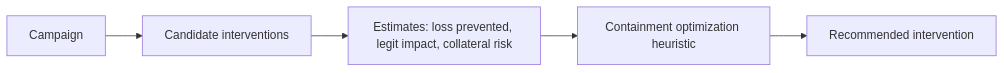
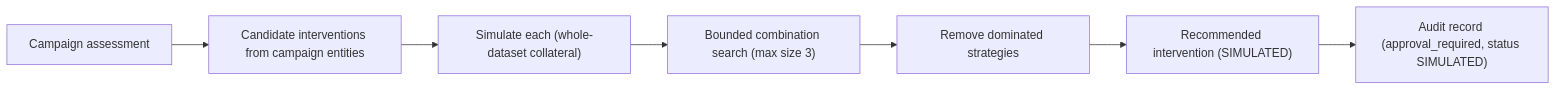
Before and after one commit to yatinannam/RiskLattice: the fourth of 5 diagrams in docs/architecture/architecture.md, drawn with Mermaid. The commit also changed other lines of this file and 9 other files, not shown here.

````diff
--- a/docs/architecture/architecture.md
+++ b/docs/architecture/architecture.md
@@ -202,7 +205,9 @@
 ```mermaid
 flowchart LR
-    CAMP["Campaign"] --> CAND["Candidate interventions"]
-    CAND --> EST["Estimates: loss prevented, legit impact, collateral risk"]
-    EST --> OPT["Containment optimization heuristic"]
-    OPT --> REC["Recommended intervention"]
+    CAMP["Campaign assessment"] --> CAND["Candidate interventions from campaign entities"]
+    CAND --> EST["Simulate each (whole-dataset collateral)"]
+    EST --> OPT["Bounded combination search (max size 3)"]
+    OPT --> DOM["Remove dominated strategies"]
+    DOM --> REC["Recommended intervention (SIMULATED)"]
+    REC --> AUD["Audit record (approval_required, status SIMULATED)"]
 ```
````
